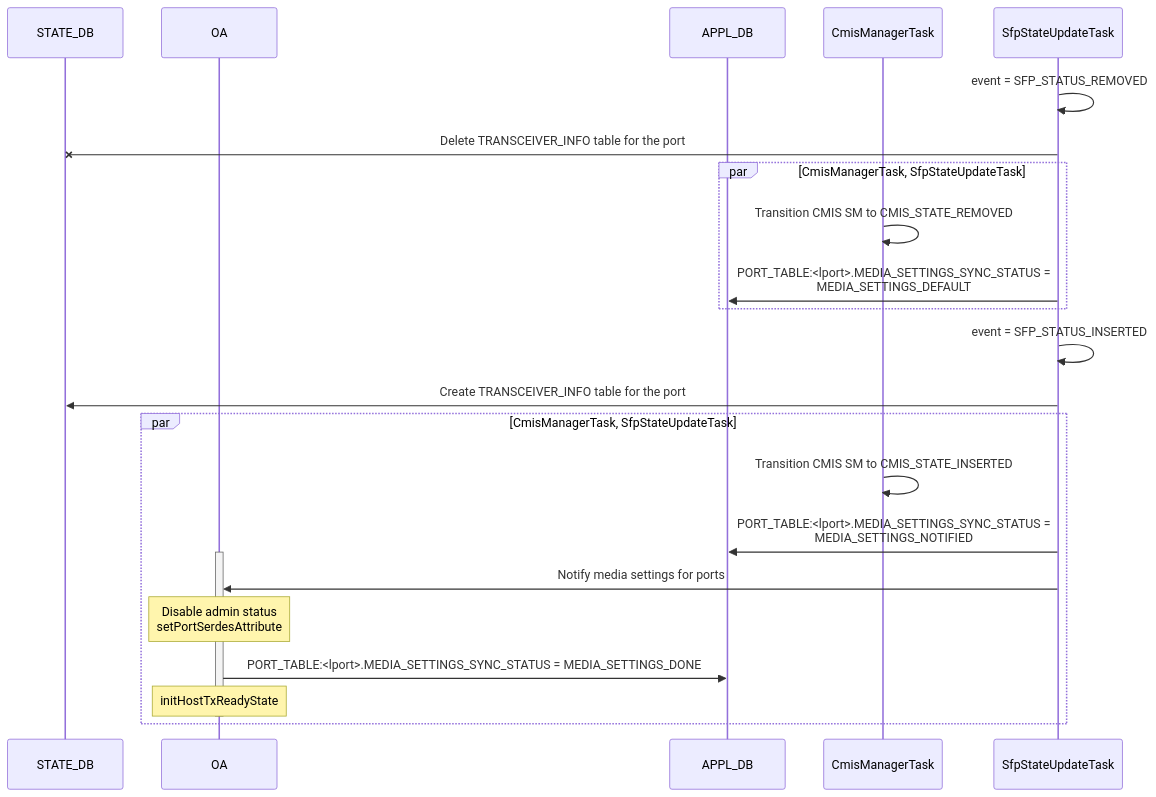
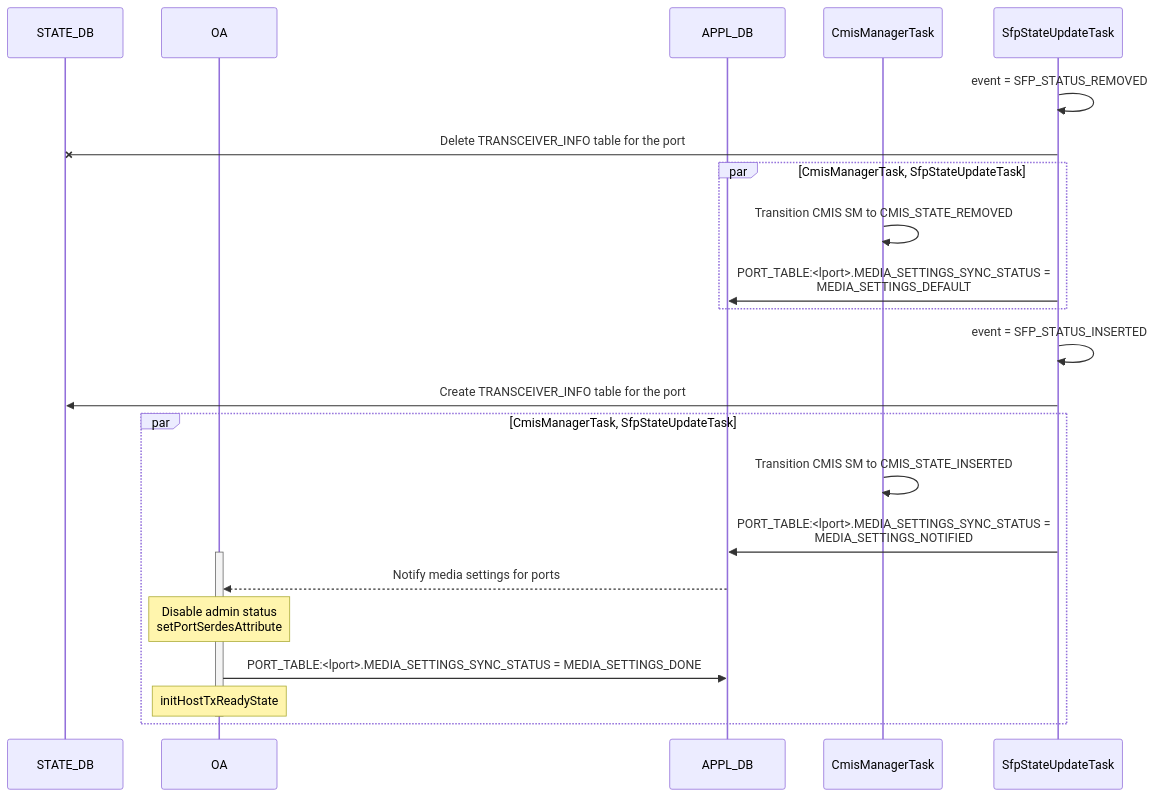
One commit to sonic-net/SONiC changed the fourth of 5 diagrams in doc/sfp-cmis/Interface-Link-bring-up-sequence.md. Above: the diagram before and after it, drawn with Mermaid. The commit also changed other lines of this file, not shown here.

Commit message:
Added table to list values for MEDIA_SETTINGS_SYNC_STATUS

````diff
--- a/doc/sfp-cmis/Interface-Link-bring-up-sequence.md
+++ b/doc/sfp-cmis/Interface-Link-bring-up-sequence.md
@@ -330,28 +336,28 @@
 ```mermaid
 sequenceDiagram
     participant STATE_DB
     participant OA
     participant APPL_DB
     participant CmisManagerTask
     participant SfpStateUpdateTask
 
     SfpStateUpdateTask ->> SfpStateUpdateTask : event = SFP_STATUS_REMOVED
     SfpStateUpdateTask -x STATE_DB : Delete TRANSCEIVER_INFO table for the port
     par         CmisManagerTask, SfpStateUpdateTask
         CmisManagerTask ->> CmisManagerTask : Transition CMIS SM to CMIS_STATE_REMOVED
         SfpStateUpdateTask ->> APPL_DB : PORT_TABLE:<lport>.MEDIA_SETTINGS_SYNC_STATUS = <br> MEDIA_SETTINGS_DEFAULT
     end
 
     SfpStateUpdateTask ->> SfpStateUpdateTask : event = SFP_STATUS_INSERTED
     SfpStateUpdateTask ->> STATE_DB : Create TRANSCEIVER_INFO table for the port
     par CmisManagerTask, SfpStateUpdateTask
         CmisManagerTask ->> CmisManagerTask : Transition CMIS SM to CMIS_STATE_INSERTED
         SfpStateUpdateTask ->> APPL_DB: PORT_TABLE:<lport>.MEDIA_SETTINGS_SYNC_STATUS = <br> MEDIA_SETTINGS_NOTIFIED
         activate OA
-        SfpStateUpdateTask ->> OA: Notify media settings for ports
+        APPL_DB -->> OA: Notify media settings for ports
         Note over OA: Disable admin status<br>setPortSerdesAttribute
         OA ->> APPL_DB: PORT_TABLE:<lport>.MEDIA_SETTINGS_SYNC_STATUS = MEDIA_SETTINGS_DONE
         Note over OA: initHostTxReadyState
         deactivate OA
     end
 ```
````
